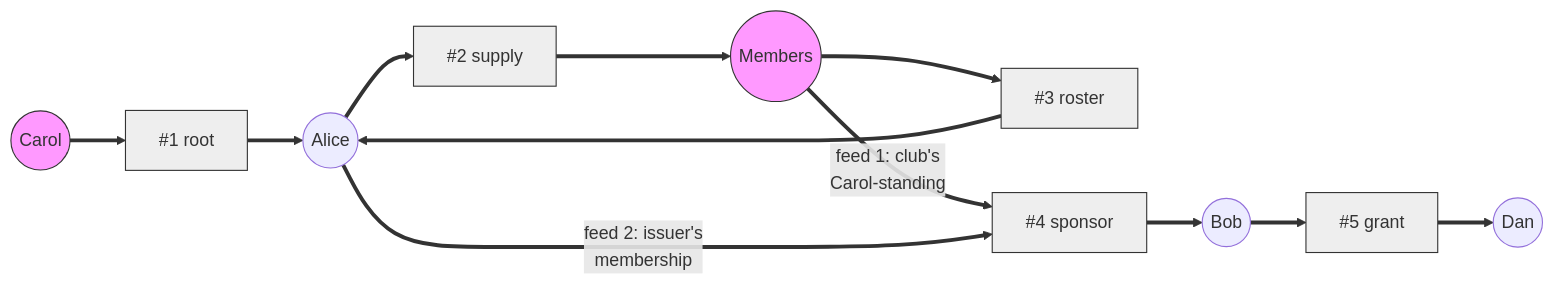
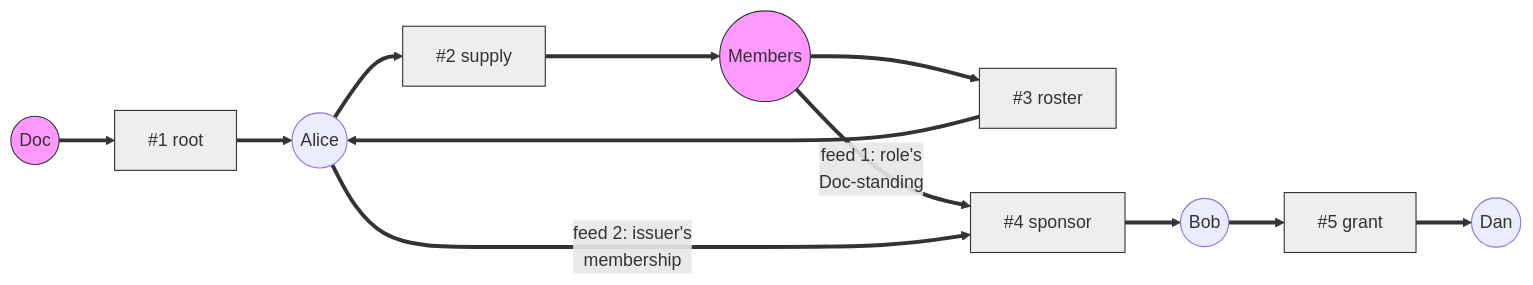
One commit to inkandswitch/keyhive changed the third of 3 diagrams in design/keyline/evaluation-notes.md. Above: the diagram before and after it, drawn with Mermaid. The commit also changed other lines of this file and 12 other files, not shown here.

````diff
--- a/design/keyline/evaluation-notes.md
+++ b/design/keyline/evaluation-notes.md
@@ -127,25 +127,25 @@
 ```mermaid
 flowchart LR
-    classDef socket fill:#f9f,stroke:#333
+    classDef subject fill:#f9f,stroke:#333
     classDef cert fill:#eee,stroke:#333
 
-    Carol((Carol)):::socket
-    Members((Members)):::socket
+    Doc((Doc)):::subject
+    Members((Members)):::subject
     Alice((Alice))
     Bob((Bob))
     Dan((Dan))
 
     c1["#1 root"]:::cert
     c2["#2 supply"]:::cert
     c3["#3 roster"]:::cert
     c4["#4 sponsor"]:::cert
     c5["#5 grant"]:::cert
 
-    Carol ==> c1 ==> Alice
+    Doc ==> c1 ==> Alice
     Alice ==> c2 ==> Members
     Members ==> c3 ==> Alice
-    Members ==>|"feed 1: club's<br/>Carol-standing"| c4
+    Members ==>|"feed 1: role's<br/>Doc-standing"| c4
     Alice ==>|"feed 2: issuer's<br/>membership"| c4
     c4 ==> Bob
     Bob ==> c5 ==> Dan
 ```
````
